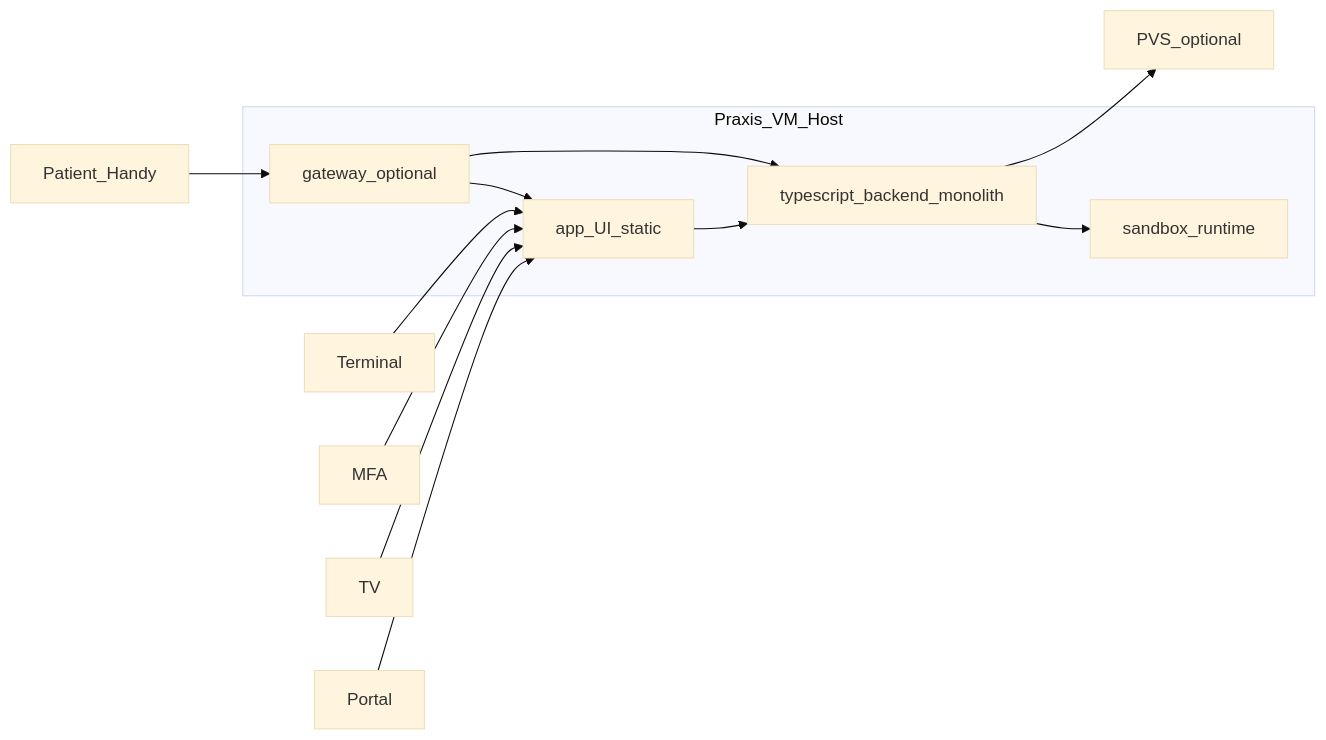
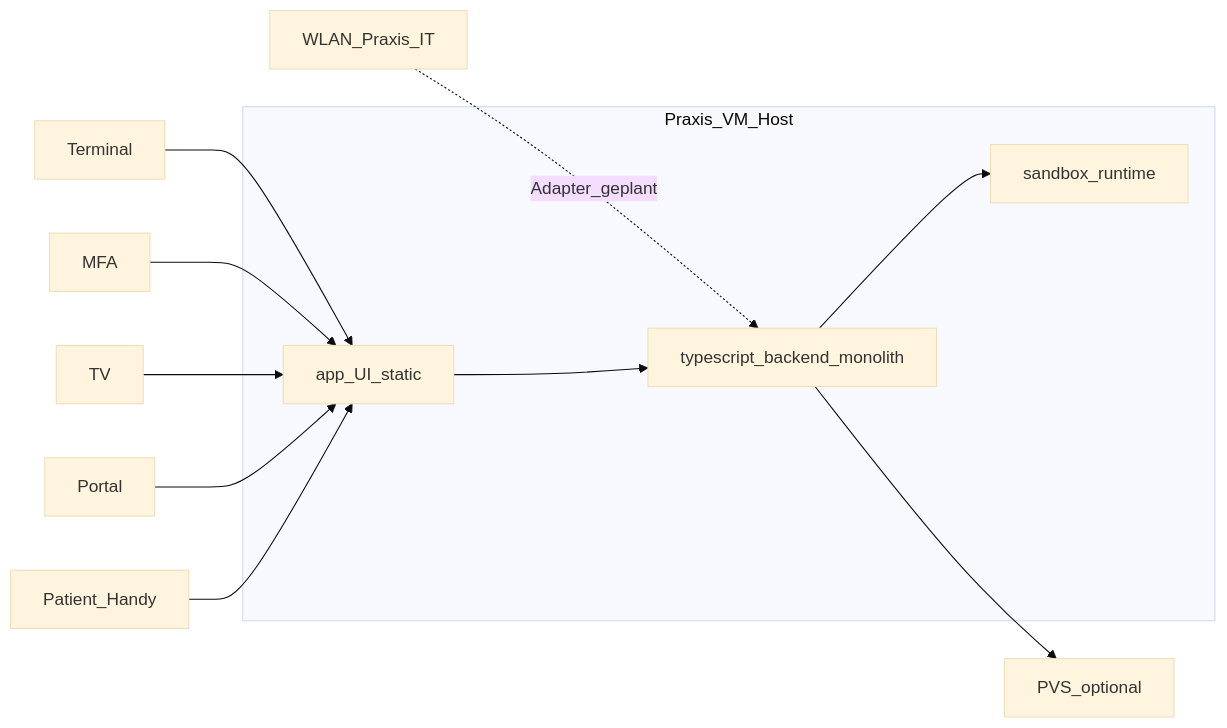
Before and after one commit to nox-do/wartezimmer: the first of 2 diagrams in docs/architecture.md, drawn with Mermaid (base theme). The commit also changed other lines of this file and 65 other files, not shown here.

````diff
--- a/docs/architecture.md
+++ b/docs/architecture.md
@@ -67,20 +67,18 @@
 ```mermaid
 flowchart LR
   subgraph dockerHost [Praxis_VM_Host]
     frontend[app_UI_static]
     backend[typescript_backend_monolith]
     sandbox[sandbox_runtime]
-    gateway[gateway_optional]
   end
 
   terminalUi[Terminal] --> frontend
   mfaUi[MFA] --> frontend
   tvUi[TV] --> frontend
   portalUi[Portal] --> frontend
-  patientPhone[Patient_Handy] --> gateway
-  gateway --> frontend
-  gateway --> backend
+  patientPhone[Patient_Handy] --> frontend
+  wlanIt[WLAN_Praxis_IT] -.->|Adapter_geplant| backend
   frontend --> backend
   backend --> sandbox
   backend --> pvsOptional[PVS_optional]
 ```
````
